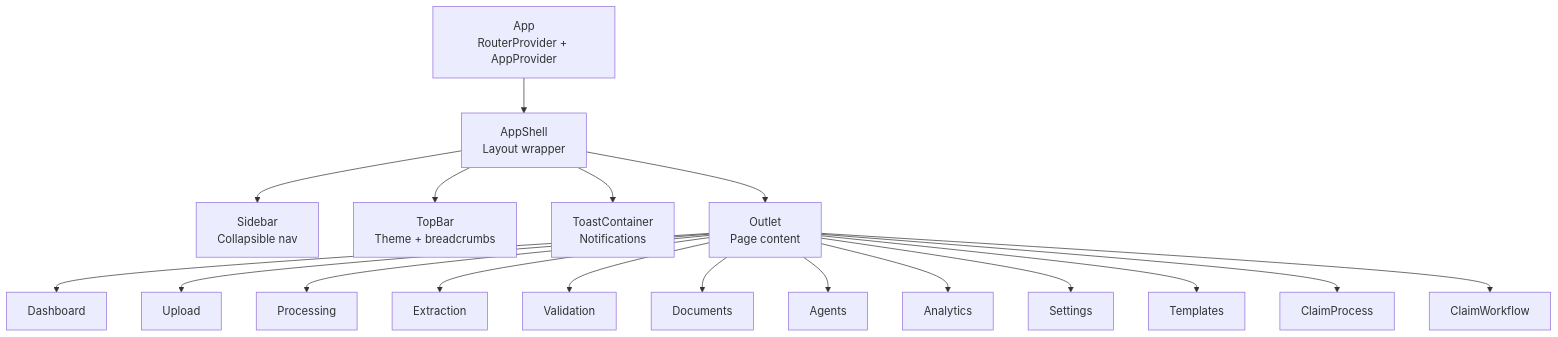
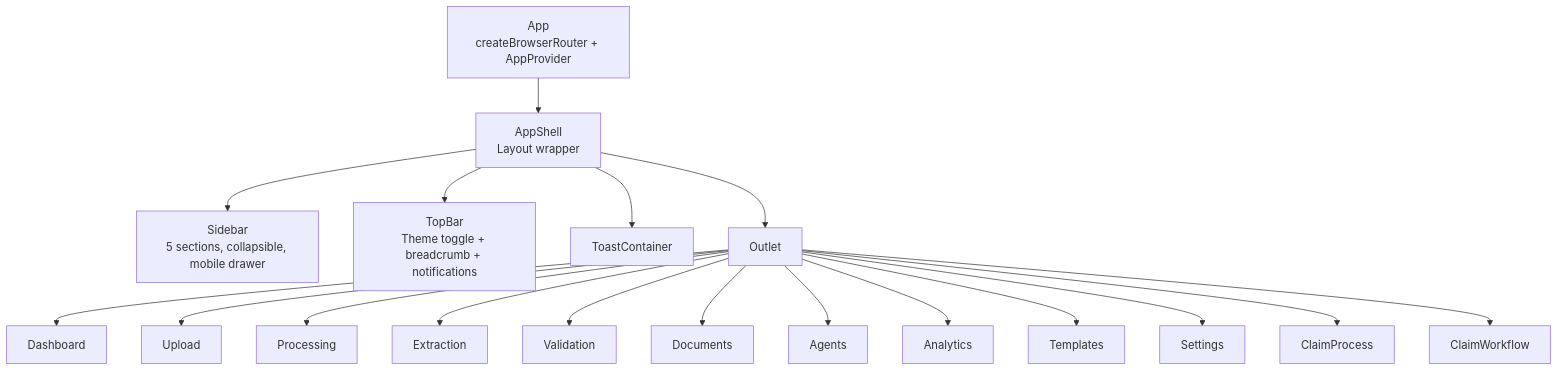
One commit to YASHGUPTA9063/Document-Ai changed the fourth of 12 diagrams in complete_project.md. Above: the diagram before and after it, drawn with Mermaid. The commit also changed other lines of this file, not shown here.

Commit message:
docs: update frontend v2 architecture documentation with accurate route, layout, and styling specifications

````diff
--- a/complete_project.md
+++ b/complete_project.md
@@ -518,28 +548,28 @@
 ```mermaid
 graph TB
-    App["App<br/>RouterProvider + AppProvider"]
+    App["App<br/>createBrowserRouter + AppProvider"]
     Shell["AppShell<br/>Layout wrapper"]
-    SB["Sidebar<br/>Collapsible nav"]
-    TB["TopBar<br/>Theme + breadcrumbs"]
-    Toast["ToastContainer<br/>Notifications"]
-    Outlet["Outlet<br/>Page content"]
-    
+    SB["Sidebar<br/>5 sections, collapsible, mobile drawer"]
+    TB["TopBar<br/>Theme toggle + breadcrumb + notifications"]
+    Toast["ToastContainer"]
+    Outlet["Outlet"]
+
     App --> Shell
     Shell --> SB
     Shell --> TB
     Shell --> Outlet
     Shell --> Toast
-    
+
     Outlet --> Dashboard
     Outlet --> Upload
     Outlet --> Processing
     Outlet --> Extraction
     Outlet --> Validation
     Outlet --> Documents
     Outlet --> Agents
     Outlet --> Analytics
+    Outlet --> Templates
     Outlet --> Settings
-    Outlet --> Templates
     Outlet --> ClaimProcess
     Outlet --> ClaimWorkflow
 ```
````
